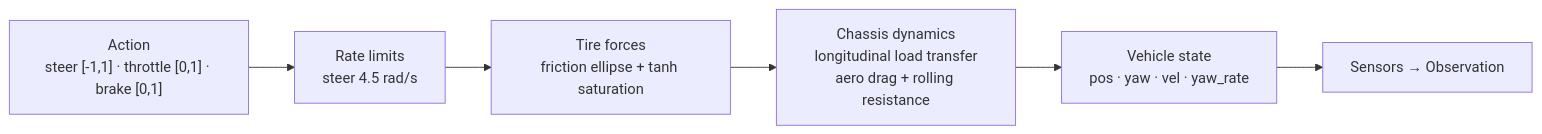
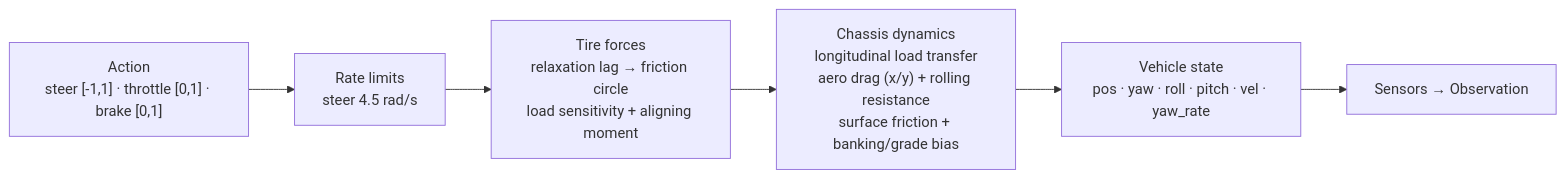
One commit to Ziad-Abaza/Autonomous-Systems-Simulator changed the diagram in docs/vehicle-dynamics/vehicle-model.md. Above: the diagram before and after it, drawn with Mermaid. The commit also changed other lines of this file and 62 other files, not shown here.

````diff
--- a/docs/vehicle-dynamics/vehicle-model.md
+++ b/docs/vehicle-dynamics/vehicle-model.md
@@ -14,8 +15,8 @@
 ```mermaid
 flowchart LR
     A["Action<br/>steer [-1,1] · throttle [0,1] · brake [0,1]"] --> B["Rate limits<br/>steer 4.5 rad/s"]
-    B --> C["Tire forces<br/>friction ellipse + tanh saturation"]
-    C --> D["Chassis dynamics<br/>longitudinal load transfer<br/>aero drag + rolling resistance"]
-    D --> E["Vehicle state<br/>pos · yaw · vel · yaw_rate"]
+    B --> C["Tire forces<br/>relaxation lag → friction circle<br/>load sensitivity + aligning moment"]
+    C --> D["Chassis dynamics<br/>longitudinal load transfer<br/>aero drag (x/y) + rolling resistance<br/>surface friction + banking/grade bias"]
+    D --> E["Vehicle state<br/>pos · yaw · roll · pitch · vel · yaw_rate"]
     E --> F["Sensors → Observation"]
 ```
````
